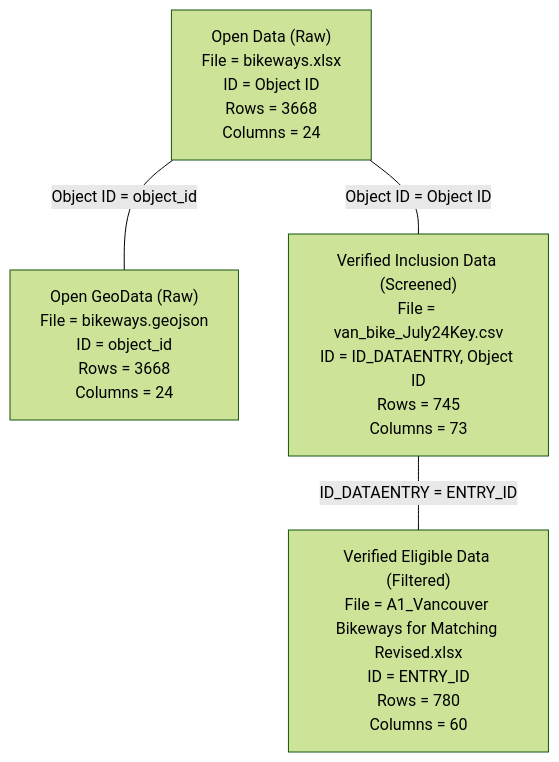
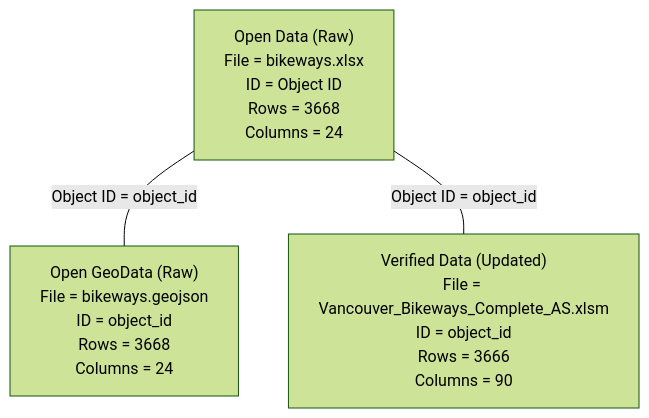
One commit to rrwen/recovr-infracycle changed the diagram in data/raw/vancouver/README.md. Above: the diagram before and after it, drawn with Mermaid (forest theme). The commit also changed other lines of this file and 5 other files, not shown here.

````diff
--- a/data/raw/vancouver/README.md
+++ b/data/raw/vancouver/README.md
@@ -25,11 +18,9 @@
 ```mermaid
 graph TD
 
 city["Open Data (Raw)<br>File = bikeways.xlsx<br>ID = Object ID<br>Rows = 3668<br>Columns = 24"]
 citygeo["Open GeoData (Raw)<br>File = bikeways.geojson<br>ID = object_id<br>Rows = 3668<br>Columns = 24"]
-entry["Verified Eligible Data (Filtered)<br>File = A1_Vancouver Bikeways for Matching Revised.xlsx<br>ID = ENTRY_ID<br>Rows = 780<br>Columns = 60"]
-processed["Verified Inclusion Data (Screened)<br>File = van_bike_July24Key.csv<br>ID = ID_DATAENTRY, Object ID<br>Rows = 745<br>Columns = 73"]
+updated["Verified Data (Updated)<br>File = Vancouver_Bikeways_Complete_AS.xlsm<br>ID = object_id<br>Rows = 3666<br>Columns = 90"]
 
-city --- | Object ID = Object ID | processed --- | ID_DATAENTRY = ENTRY_ID | entry
-city --- | Object ID = object_id | citygeo
+city --- | Object ID = object_id | citygeo & updated
 ```
````
